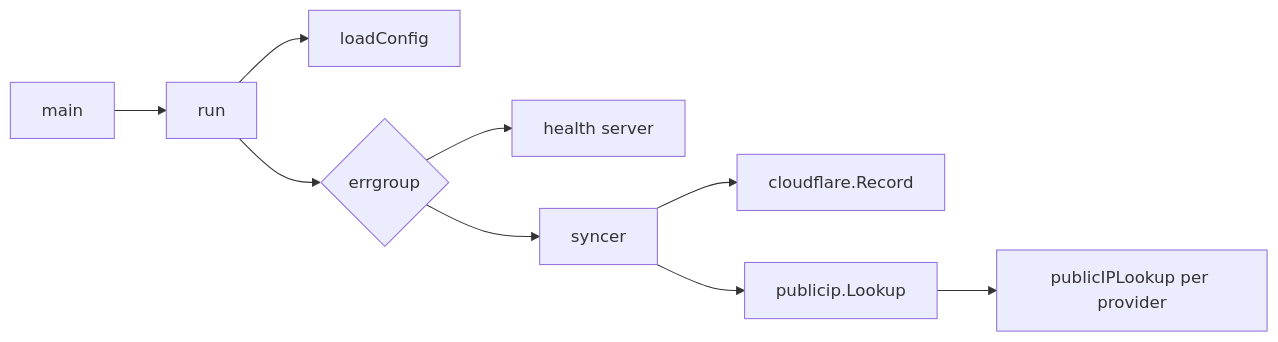
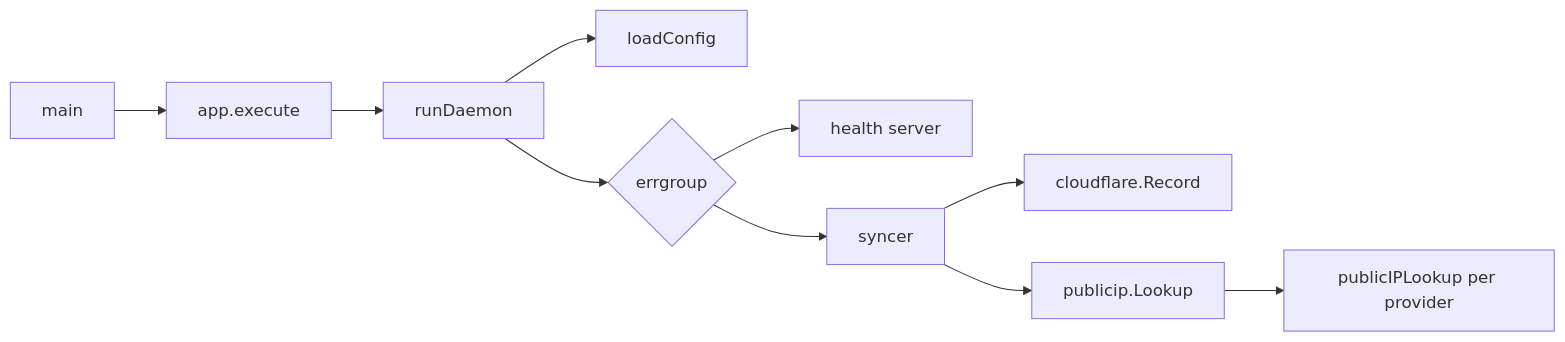
Before and after one commit to TheRyanHowell/cloudflare-ddns-go: the diagram in docs/architecture.md, drawn with Mermaid. The commit also changed other lines of this file and 1 other file, not shown here.

````diff
--- a/docs/architecture.md
+++ b/docs/architecture.md
@@ -20,11 +36,12 @@
 ```mermaid
 flowchart LR
-    main --> run
+    main --> execute[app.execute]
+    execute --> run[runDaemon]
     run --> config[loadConfig]
     run --> group{errgroup}
     group --> health[health server]
     group --> syncer
     syncer --> record[cloudflare.Record]
     syncer --> lookup[publicip.Lookup]
     lookup --> providers[publicIPLookup per provider]
 ```
````
